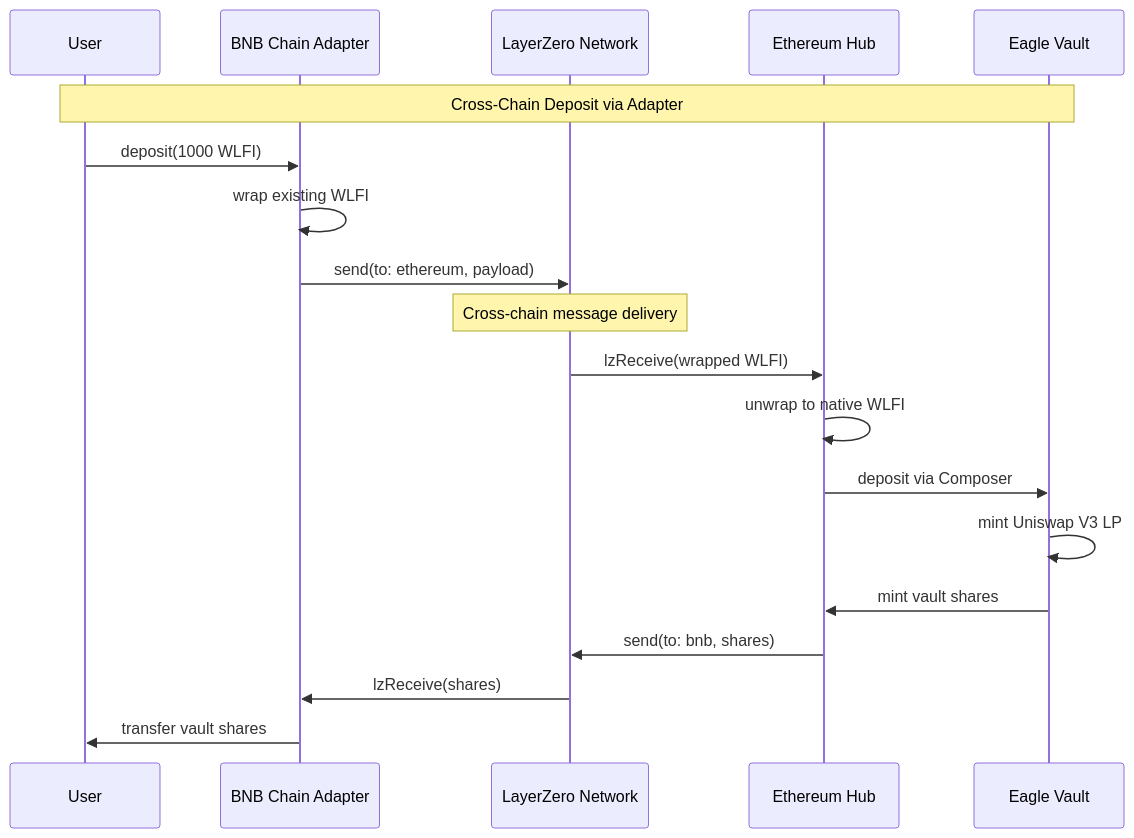
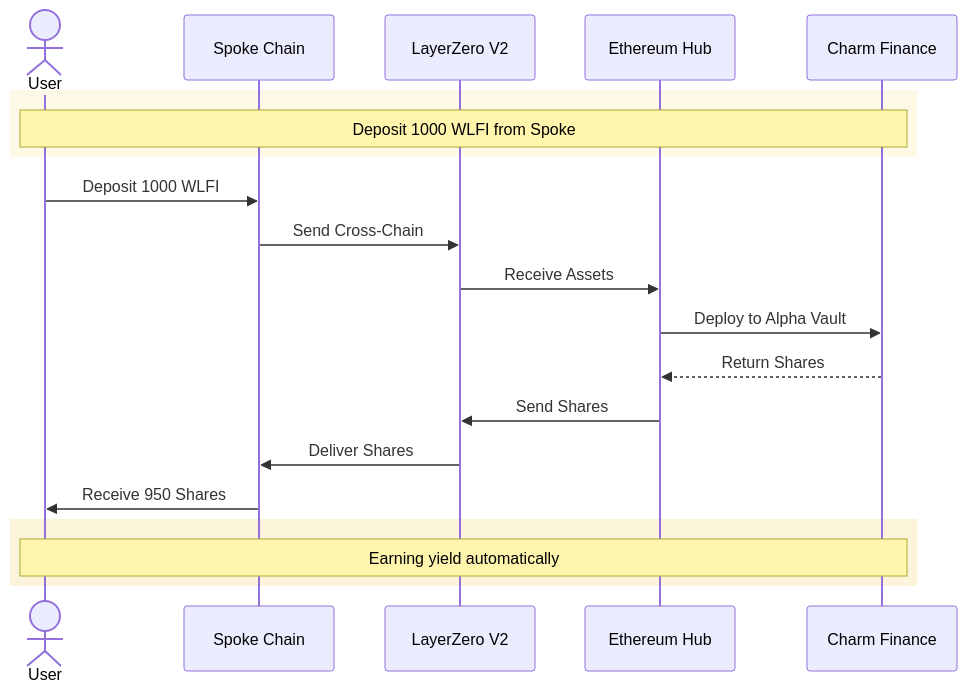
Before and after one commit to 47-Eagle/docs: the fourth of 8 diagrams in docs/dev/architecture.md, drawn with Mermaid. The commit also changed other lines of this file and 222 other files, not shown here.

````diff
--- a/docs/dev/architecture.md
+++ b/docs/dev/architecture.md
@@ -192,25 +145,25 @@
 ```mermaid
 sequenceDiagram
-    participant User
-    participant BNB as BNB Chain Adapter
-    participant LZ as LayerZero Network
-    participant ETH as Ethereum Hub
-    participant Vault as Eagle Vault
+    actor User
+    participant Spoke as Spoke Chain
+    participant LZ as LayerZero V2
+    participant Hub as Ethereum Hub
+    participant Charm as Charm Finance
     
-    Note over User, Vault: Cross-Chain Deposit via Adapter
+    rect rgb(246, 213, 92, 0.15)
+        Note over User,Charm: Deposit 1000 WLFI from Spoke
+    end
     
-    User->>BNB: deposit(1000 WLFI)
-    BNB->>BNB: wrap existing WLFI
-    BNB->>LZ: send(to: ethereum, payload)
+    User->>Spoke: Deposit 1000 WLFI
+    Spoke->>LZ: Send Cross-Chain
+    LZ->>Hub: Receive Assets
+    Hub->>Charm: Deploy to Alpha Vault
+    Charm-->>Hub: Return Shares
+    Hub->>LZ: Send Shares
+    LZ->>Spoke: Deliver Shares
+    Spoke->>User: Receive 950 Shares
     
-    Note over LZ: Cross-chain message delivery
-    
-    LZ->>ETH: lzReceive(wrapped WLFI)
-    ETH->>ETH: unwrap to native WLFI
-    ETH->>Vault: deposit via Composer
-    Vault->>Vault: mint Uniswap V3 LP
-    Vault->>ETH: mint vault shares
-    ETH->>LZ: send(to: bnb, shares)
-    LZ->>BNB: lzReceive(shares)
-    BNB->>User: transfer vault shares
+    rect rgb(234, 179, 8, 0.15)
+        Note over User,Charm: Earning yield automatically
+    end
 ```
````
